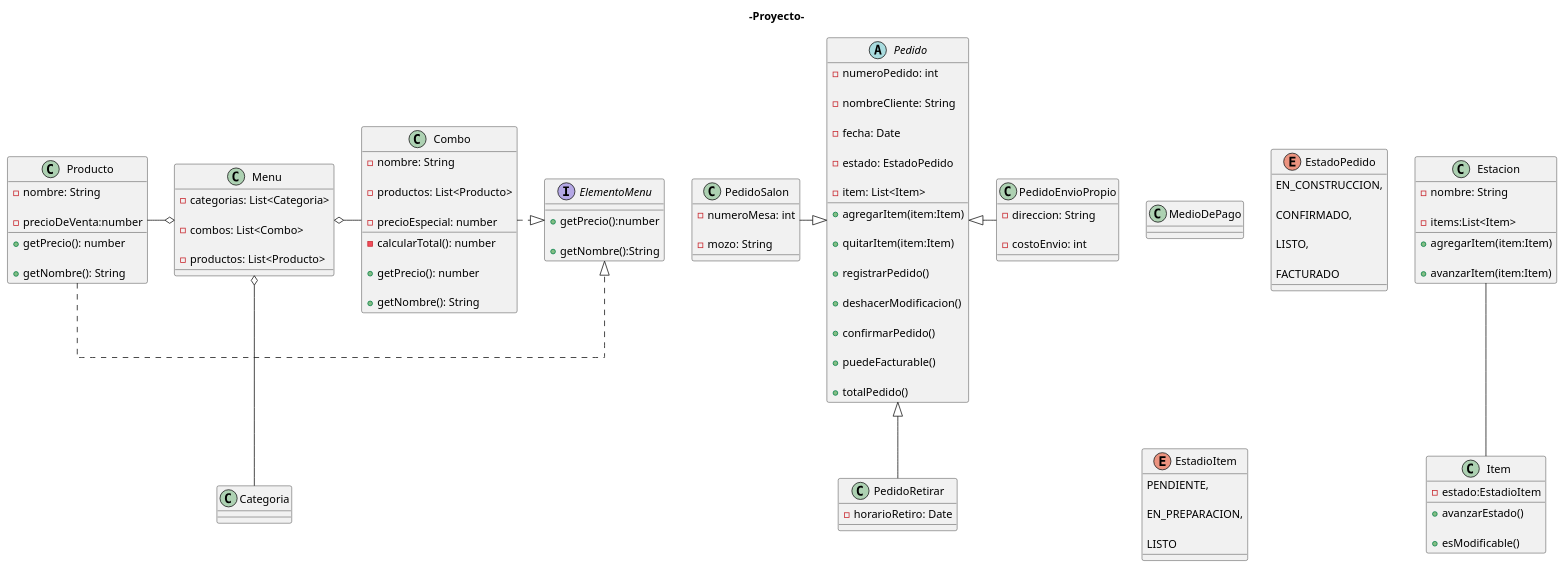
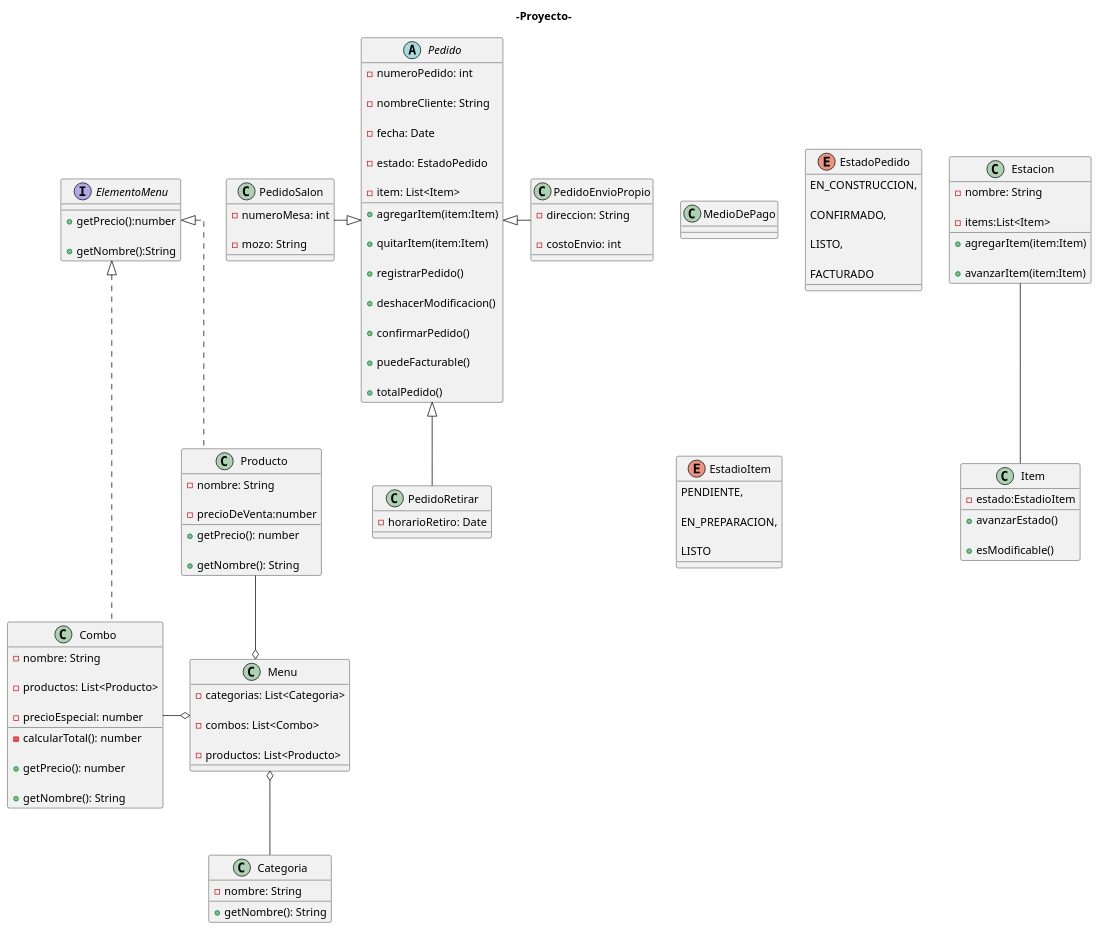
The diagram in diagramas/diagramas.puml (JuanJauregui2014/Tp-cuatrimestral-programacion-II), drawn with PlantUML before and after one commit. The commit also changed 3 other files, not shown here.

Commit message:
Agrego clase Producto y Categoria

```diff
--- a/diagramas/diagramas.puml
+++ b/diagramas/diagramas.puml
@@ -120,7 +120,9 @@
 
 class Categoria{
 
+    -nombre: String
 
+    +getNombre(): String
 
 }
 
@@ -190,15 +192,15 @@
 
 Pedido <|-r- PedidoEnvioPropio
 
-Menu o-- Categoria
+Menu o-d- Categoria
 
-Menu o-l- Producto
+Menu o-u- Producto
 
-Menu o-r- Combo
+Menu o-l- Combo
 
-ElementoMenu <|.l. Producto
+ElementoMenu <|.. Producto
 
-ElementoMenu <|.l. Combo
+ElementoMenu <|.. Combo
 
 Estacion -- Item
 
```
